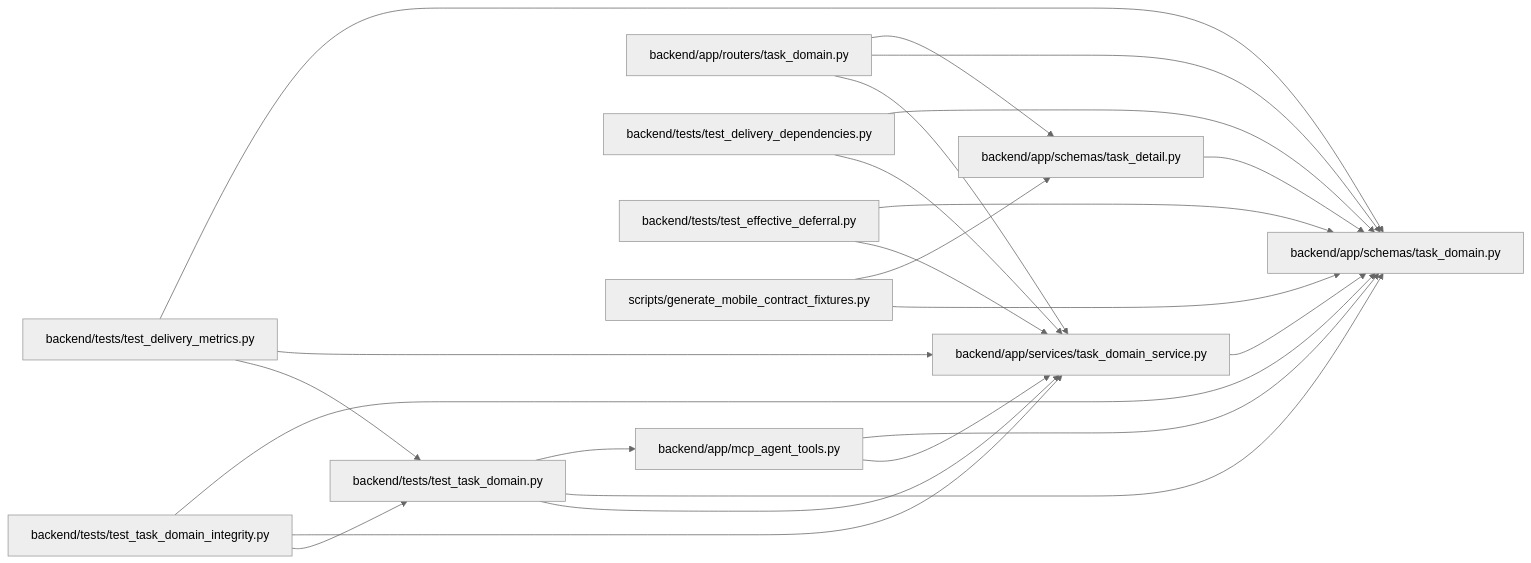
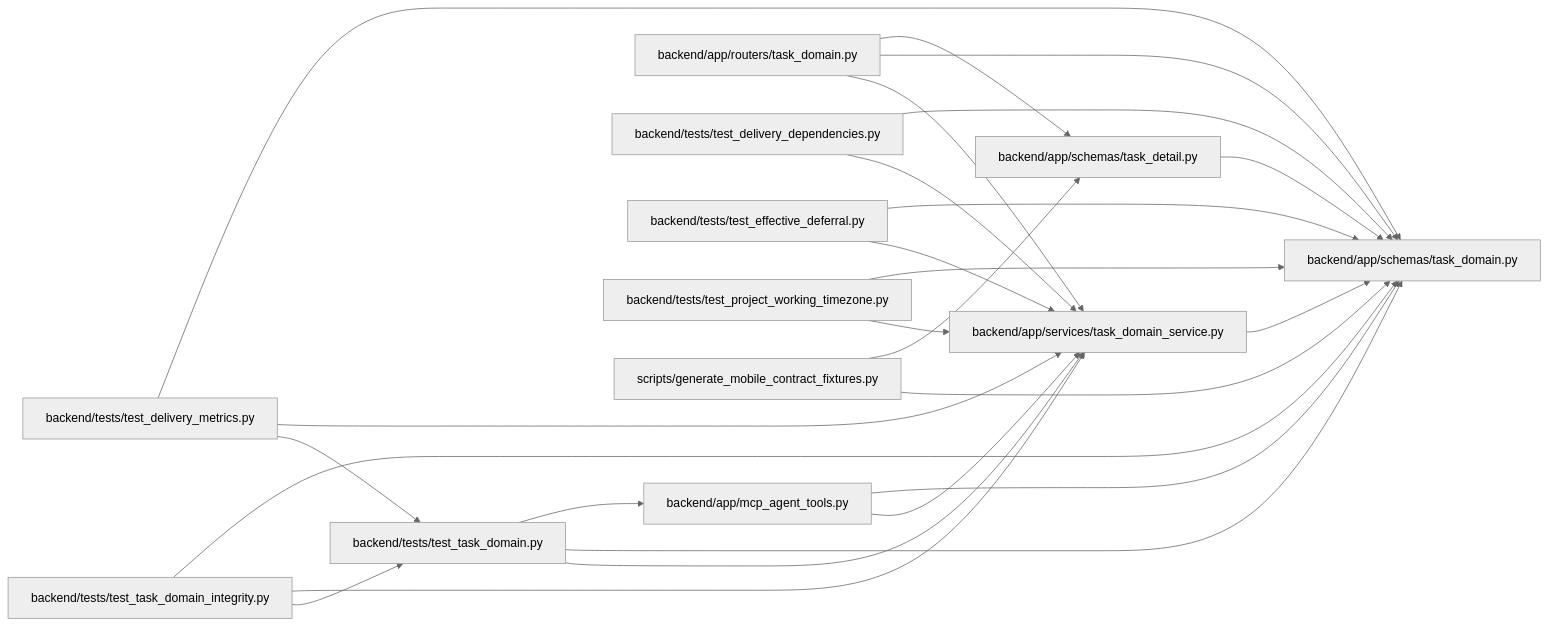
Before and after one commit to Denissvgn/WorkChord: the diagram in docs/llm_wiki/modules/schemas_task_domain.md, drawn with Mermaid (neutral theme). The commit also changed other lines of this file and 271 other files, not shown here.

Commit message:
docs(wiki): document declared project working zones

````diff
--- a/docs/llm_wiki/modules/schemas_task_domain.md
+++ b/docs/llm_wiki/modules/schemas_task_domain.md
@@ -19,47 +19,51 @@
 ```mermaid
 flowchart LR
     n0["backend/app/mcp_agent_tools.py"]
     n1["backend/app/routers/task_domain.py"]
     n2["backend/app/schemas/task_detail.py"]
     n3["backend/app/schemas/task_domain.py"]
     n4["backend/app/services/task_domain_service.py"]
     n5["backend/tests/test_delivery_dependencies.py"]
     n6["backend/tests/test_delivery_metrics.py"]
     n7["backend/tests/test_effective_deferral.py"]
-    n8["backend/tests/test_task_domain.py"]
-    n9["backend/tests/test_task_domain_integrity.py"]
-    n10["scripts/generate_mobile_contract_fixtures.py"]
+    n8["backend/tests/test_project_working_timezone.py"]
+    n9["backend/tests/test_task_domain.py"]
+    n10["backend/tests/test_task_domain_integrity.py"]
+    n11["scripts/generate_mobile_contract_fixtures.py"]
     n0 --> n3
     n0 --> n4
     n1 --> n2
     n1 --> n3
     n1 --> n4
     n2 --> n3
     n4 --> n3
     n5 --> n3
     n5 --> n4
     n6 --> n3
     n6 --> n4
-    n6 --> n8
+    n6 --> n9
     n7 --> n3
     n7 --> n4
-    n8 --> n0
     n8 --> n3
     n8 --> n4
+    n9 --> n0
     n9 --> n3
     n9 --> n4
-    n9 --> n8
-    n10 --> n2
     n10 --> n3
+    n10 --> n4
+    n10 --> n9
+    n11 --> n2
+    n11 --> n3
     click n0 "../modules/mcp_agent_tools.md"
     click n1 "../modules/routers_task_domain.md"
     click n2 "../modules/task_detail.md"
     click n3 "../modules/schemas_task_domain.md"
     click n4 "../modules/task_domain_service.md"
     click n5 "../modules/test_delivery_dependencies.md"
     click n6 "../modules/test_delivery_metrics.md"
     click n7 "../modules/test_effective_deferral.md"
-    click n8 "../modules/test_task_domain.md"
-    click n9 "../modules/test_task_domain_integrity.md"
-    click n10 "../modules/generate_mobile_contract_fixtures.md"
+    click n8 "../modules/test_project_working_timezone.md"
+    click n9 "../modules/test_task_domain.md"
+    click n10 "../modules/test_task_domain_integrity.md"
+    click n11 "../modules/generate_mobile_contract_fixtures.md"
 ```
````
